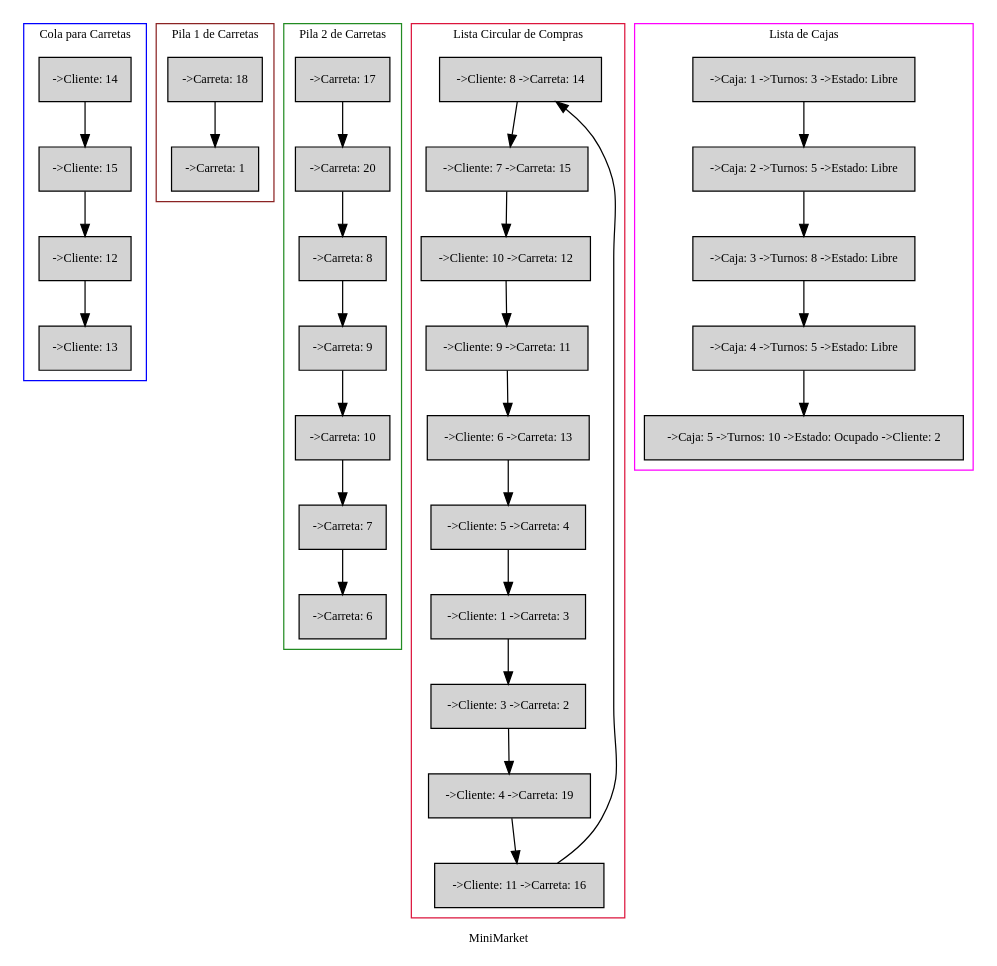
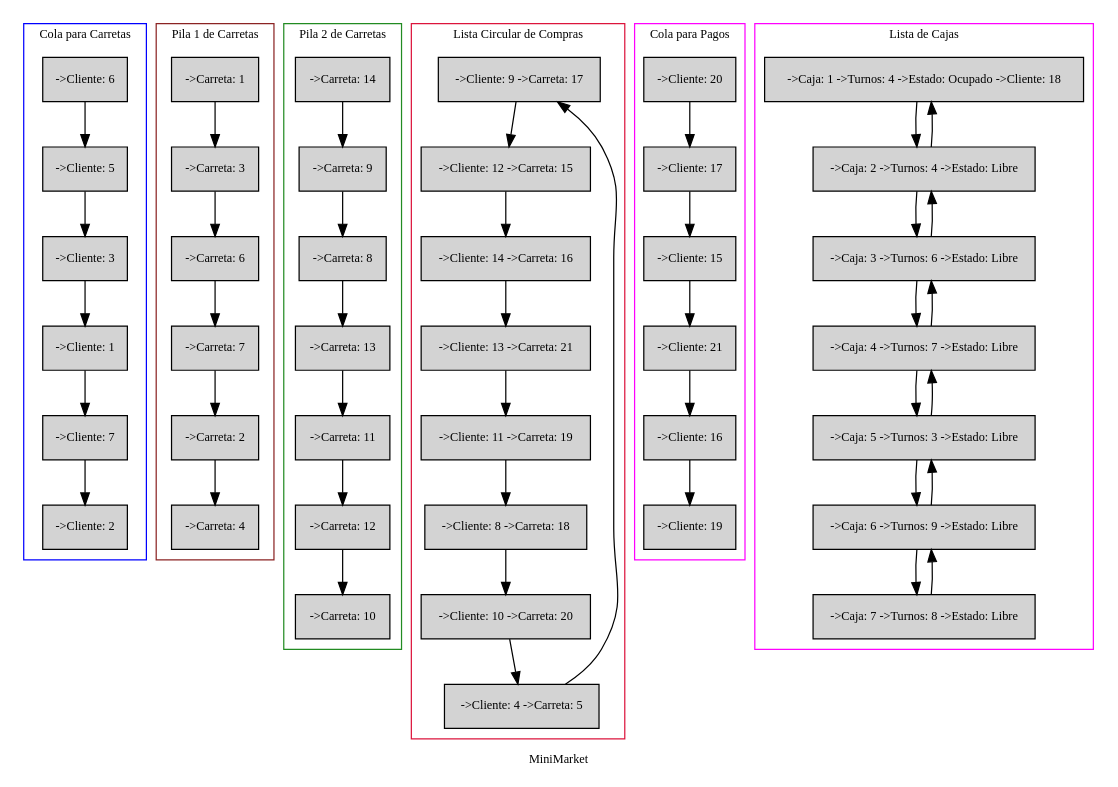
The diagram in example.dot (lexisbr/MiniMarket), drawn with Graphviz before and after one commit. The commit also changed 5 other files, not shown here.

```diff
--- a/example.dot
+++ b/example.dot
@@ -1,58 +1,81 @@
 digraph G {
 label = "MiniMarket"
 graph [fontsize=10 fontname="Verdana"]
 node [shape=record fontsize=10 fontname="Verdana"]
 subgraph cluster_0 {
 node [style=filled];
-"->Cliente: 14"->"->Cliente: 15";
-"->Cliente: 15"->"->Cliente: 12";
-"->Cliente: 12"->"->Cliente: 13";
-"->Cliente: 13";
+"->Cliente: 6"->"->Cliente: 5";
+"->Cliente: 5"->"->Cliente: 3";
+"->Cliente: 3"->"->Cliente: 1";
+"->Cliente: 1"->"->Cliente: 7";
+"->Cliente: 7"->"->Cliente: 2";
+"->Cliente: 2";
 label="Cola para Carretas";
  color=blue;
  }
 subgraph cluster_1 {
 node [style=filled];
-"->Carreta: 18"->"->Carreta: 1";
-"->Carreta: 1";
+"->Carreta: 1"->"->Carreta: 3";
+"->Carreta: 3"->"->Carreta: 6";
+"->Carreta: 6"->"->Carreta: 7";
+"->Carreta: 7"->"->Carreta: 2";
+"->Carreta: 2"->"->Carreta: 4";
+"->Carreta: 4";
 label="Pila 1 de Carretas";
  color=brown4;
  }
 subgraph cluster_2 {
 node [style=filled];
-"->Carreta: 17"->"->Carreta: 20";
-"->Carreta: 20"->"->Carreta: 8";
-"->Carreta: 8"->"->Carreta: 9";
-"->Carreta: 9"->"->Carreta: 10";
-"->Carreta: 10"->"->Carreta: 7";
-"->Carreta: 7"->"->Carreta: 6";
-"->Carreta: 6";
+"->Carreta: 14"->"->Carreta: 9";
+"->Carreta: 9"->"->Carreta: 8";
+"->Carreta: 8"->"->Carreta: 13";
+"->Carreta: 13"->"->Carreta: 11";
+"->Carreta: 11"->"->Carreta: 12";
+"->Carreta: 12"->"->Carreta: 10";
+"->Carreta: 10";
 label="Pila 2 de Carretas";
  color=forestgreen;
  }
 subgraph cluster_3 {
 node [style=filled];
-"->Cliente: 8 ->Carreta: 14"->"->Cliente: 7 ->Carreta: 15";
-"->Cliente: 7 ->Carreta: 15"->"->Cliente: 10 ->Carreta: 12";
-"->Cliente: 10 ->Carreta: 12"->"->Cliente: 9 ->Carreta: 11";
-"->Cliente: 9 ->Carreta: 11"->"->Cliente: 6 ->Carreta: 13";
-"->Cliente: 6 ->Carreta: 13"->"->Cliente: 5 ->Carreta: 4";
-"->Cliente: 5 ->Carreta: 4"->"->Cliente: 1 ->Carreta: 3";
-"->Cliente: 1 ->Carreta: 3"->"->Cliente: 3 ->Carreta: 2";
-"->Cliente: 3 ->Carreta: 2"->"->Cliente: 4 ->Carreta: 19";
-"->Cliente: 4 ->Carreta: 19"->"->Cliente: 11 ->Carreta: 16";
-"->Cliente: 11 ->Carreta: 16"->"->Cliente: 8 ->Carreta: 14";
+"->Cliente: 9 ->Carreta: 17"->"->Cliente: 12 ->Carreta: 15";
+"->Cliente: 12 ->Carreta: 15"->"->Cliente: 14 ->Carreta: 16";
+"->Cliente: 14 ->Carreta: 16"->"->Cliente: 13 ->Carreta: 21";
+"->Cliente: 13 ->Carreta: 21"->"->Cliente: 11 ->Carreta: 19";
+"->Cliente: 11 ->Carreta: 19"->"->Cliente: 8 ->Carreta: 18";
+"->Cliente: 8 ->Carreta: 18"->"->Cliente: 10 ->Carreta: 20";
+"->Cliente: 10 ->Carreta: 20"->"->Cliente: 4 ->Carreta: 5";
+"->Cliente: 4 ->Carreta: 5"->"->Cliente: 9 ->Carreta: 17";
 label="Lista Circular de Compras";
  color=crimson;
  }
+subgraph cluster_4 {
+node [style=filled];
+"->Cliente: 20"->"->Cliente: 17";
+"->Cliente: 17"->"->Cliente: 15";
+"->Cliente: 15"->"->Cliente: 21";
+"->Cliente: 21"->"->Cliente: 16";
+"->Cliente: 16"->"->Cliente: 19";
+"->Cliente: 19";
+label="Cola para Pagos";
+ color=fuchsia;
+ }
 subgraph cluster_5 {
 node [style=filled];
-"->Caja: 1 ->Turnos: 3 ->Estado: Libre"->"->Caja: 2 ->Turnos: 5 ->Estado: Libre";
-"->Caja: 2 ->Turnos: 5 ->Estado: Libre"->"->Caja: 3 ->Turnos: 8 ->Estado: Libre";
-"->Caja: 3 ->Turnos: 8 ->Estado: Libre"->"->Caja: 4 ->Turnos: 5 ->Estado: Libre";
-"->Caja: 4 ->Turnos: 5 ->Estado: Libre"->"->Caja: 5 ->Turnos: 10 ->Estado: Ocupado ->Cliente: 2";
-"->Caja: 5 ->Turnos: 10 ->Estado: Ocupado ->Cliente: 2";
+"->Caja: 1 ->Turnos: 4 ->Estado: Ocupado ->Cliente: 18"->"->Caja: 2 ->Turnos: 4 ->Estado: Libre";
+"->Caja: 2 ->Turnos: 4 ->Estado: Libre"->"->Caja: 3 ->Turnos: 6 ->Estado: Libre";
+"->Caja: 2 ->Turnos: 4 ->Estado: Libre"->"->Caja: 1 ->Turnos: 4 ->Estado: Ocupado ->Cliente: 18";
+"->Caja: 3 ->Turnos: 6 ->Estado: Libre"->"->Caja: 4 ->Turnos: 7 ->Estado: Libre";
+"->Caja: 3 ->Turnos: 6 ->Estado: Libre"->"->Caja: 2 ->Turnos: 4 ->Estado: Libre";
+"->Caja: 4 ->Turnos: 7 ->Estado: Libre"->"->Caja: 5 ->Turnos: 3 ->Estado: Libre";
+"->Caja: 4 ->Turnos: 7 ->Estado: Libre"->"->Caja: 3 ->Turnos: 6 ->Estado: Libre";
+"->Caja: 5 ->Turnos: 3 ->Estado: Libre"->"->Caja: 6 ->Turnos: 9 ->Estado: Libre";
+"->Caja: 5 ->Turnos: 3 ->Estado: Libre"->"->Caja: 4 ->Turnos: 7 ->Estado: Libre";
+"->Caja: 6 ->Turnos: 9 ->Estado: Libre"->"->Caja: 7 ->Turnos: 8 ->Estado: Libre";
+"->Caja: 6 ->Turnos: 9 ->Estado: Libre"->"->Caja: 5 ->Turnos: 3 ->Estado: Libre";
+"->Caja: 7 ->Turnos: 8 ->Estado: Libre";
+"->Caja: 7 ->Turnos: 8 ->Estado: Libre"->"->Caja: 6 ->Turnos: 9 ->Estado: Libre";
 label="Lista de Cajas";
  color=fuchsia;
  }
 }
```
